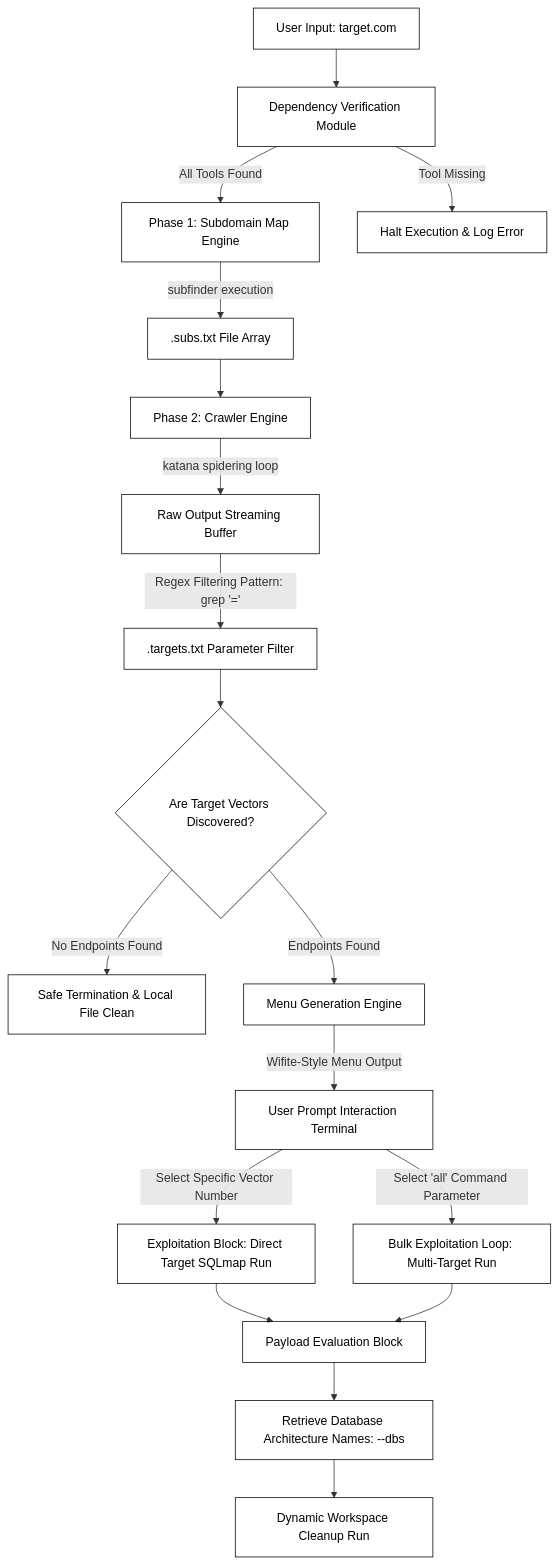
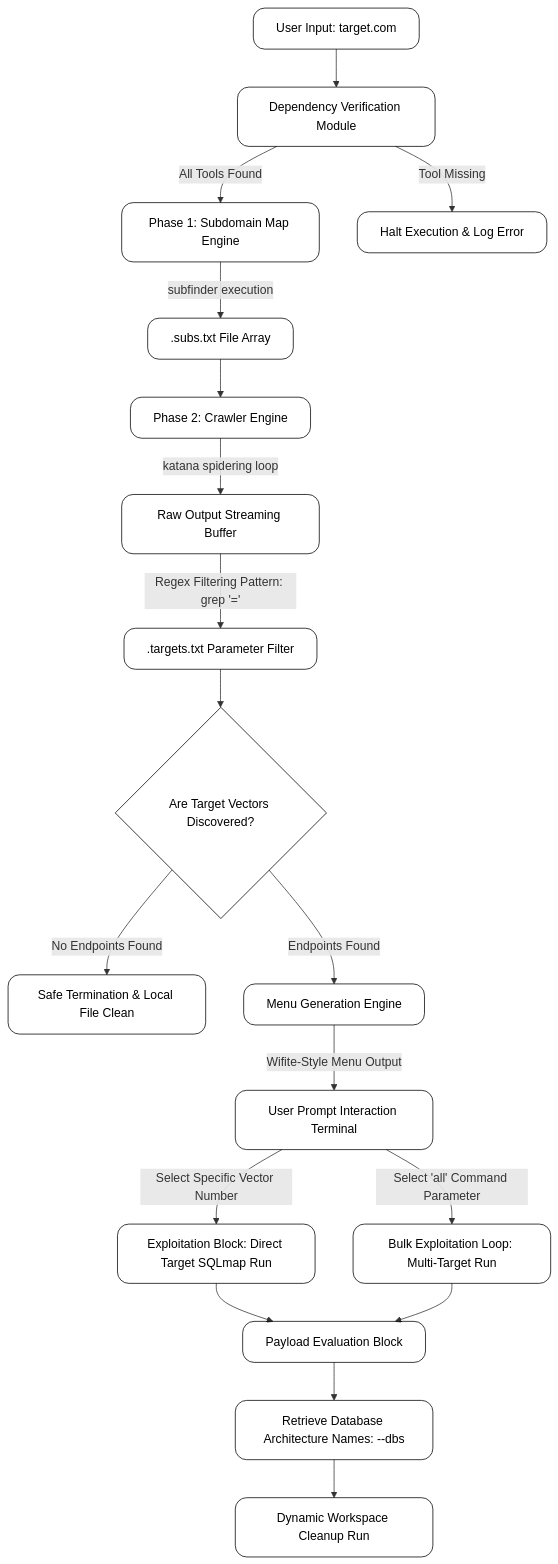
Before and after one commit to syed-sameer-ul-hassan/SQL-Easy: the diagram in README.md, drawn with Mermaid.

Commit message:
Modify diagram style in README.md
Updated the execution layout diagram to include rounded corners.

````diff
--- a/README.md
+++ b/README.md
@@ -26,32 +26,33 @@
 ```mermaid
 graph TD
-    classDef default fill:transparent,stroke:currentColor,color:currentColor;
+    classDef default fill:transparent,stroke:currentColor,color:currentColor,rx:15px,ry:15px;
 
     A[User Input: target.com] --> B[Dependency Verification Module]
     B -->|All Tools Found| C[Phase 1: Subdomain Map Engine]
     B -->|Tool Missing| X[Halt Execution & Log Error]
 
     C -->|subfinder execution| D[.subs.txt File Array]
     D --> E[Phase 2: Crawler Engine]
 
     E -->|katana spidering loop| F[Raw Output Streaming Buffer]
     F -->|Regex Filtering Pattern: grep '='| G[.targets.txt Parameter Filter]
 
     G --> H{Are Target Vectors Discovered?}
 
     H -->|No Endpoints Found| Y[Safe Termination & Local File Clean]
     H -->|Endpoints Found| I[Menu Generation Engine]
 
     I -->|Wifite-Style Menu Output| J[User Prompt Interaction Terminal]
 
     J -->|Select Specific Vector Number| K[Exploitation Block: Direct Target SQLmap Run]
     J -->|Select 'all' Command Parameter| L[Bulk Exploitation Loop: Multi-Target Run]
 
     K --> M[Payload Evaluation Block]
     L --> M[Payload Evaluation Block]
 
     M --> N[Retrieve Database Architecture Names: --dbs]
     N --> O[Dynamic Workspace Cleanup Run]
 
 
+
 ```
````
